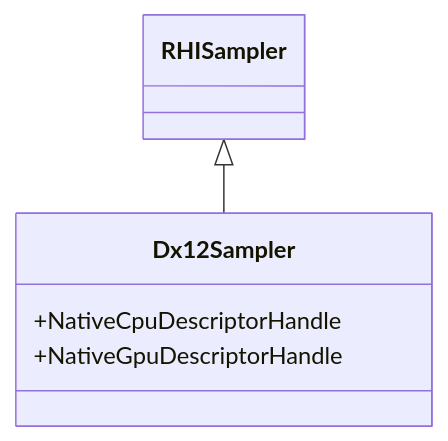
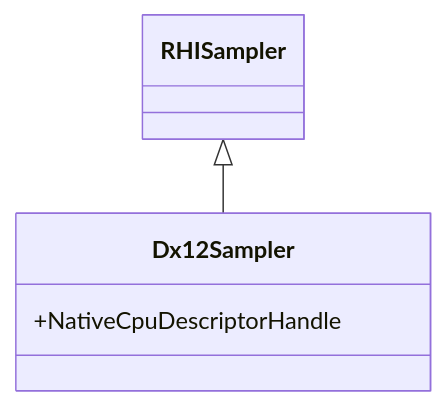
The sixth of 7 diagrams in .qoder/repowiki/zh/content/API参考/资源管理API/资源管理API.md (haolange/SharpGPU), drawn with Mermaid before and after one commit. The commit also changed other lines of this file and 24 other files, not shown here.

````diff
--- a/.qoder/repowiki/zh/content/API参考/资源管理API/资源管理API.md
+++ b/.qoder/repowiki/zh/content/API参考/资源管理API/资源管理API.md
@@ -277,10 +277,9 @@
 ```mermaid
 classDiagram
 class RHISampler {
 }
 class Dx12Sampler {
 +NativeCpuDescriptorHandle
-+NativeGpuDescriptorHandle
 }
 RHISampler <|-- Dx12Sampler
 ```
````
